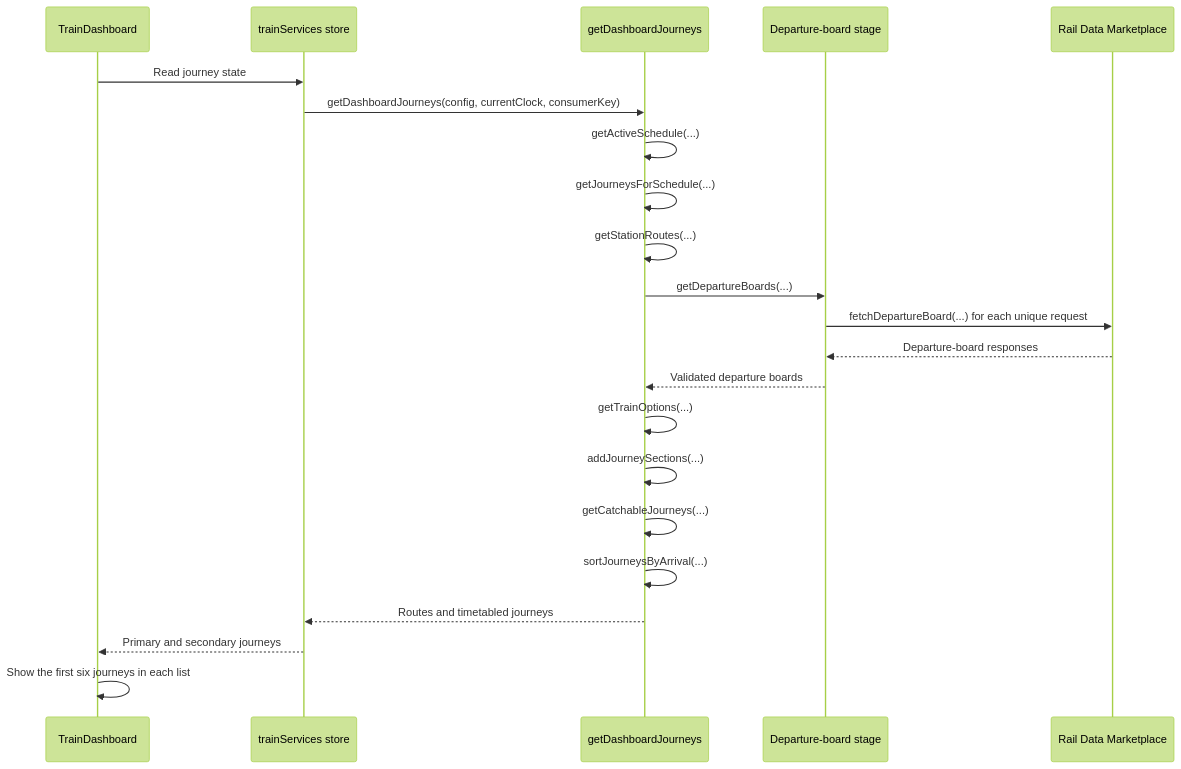
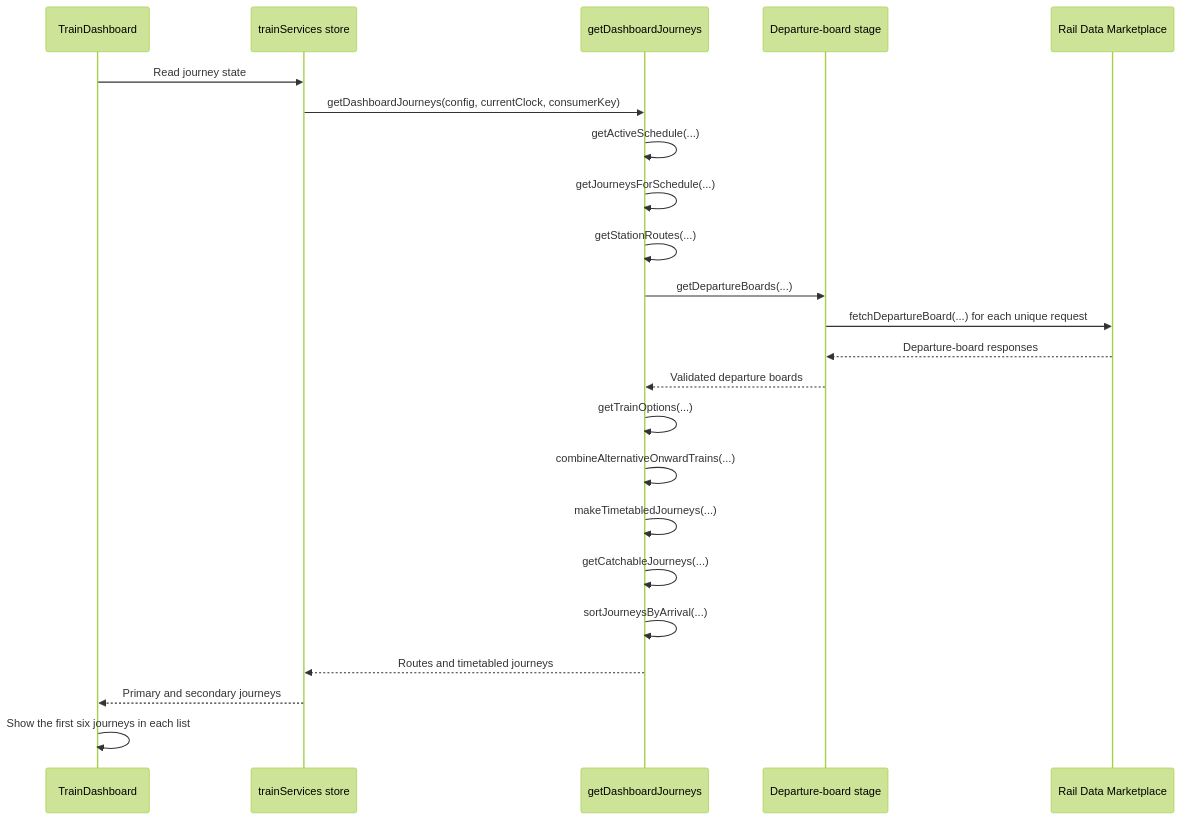
One commit to nd9600/trainDashboard changed the first of 2 diagrams in docs/journey-planning.md. Above: the diagram before and after it, drawn with Mermaid (forest theme). The commit also changed other lines of this file and 10 other files, not shown here.

````diff
--- a/docs/journey-planning.md
+++ b/docs/journey-planning.md
@@ -29,25 +31,26 @@
 ```mermaid
 sequenceDiagram
     participant UI as TrainDashboard
     participant Store as trainServices store
     participant Pipeline as getDashboardJourneys
     participant Boards as Departure-board stage
     participant API as Rail Data Marketplace
 
     UI->>Store: Read journey state
     Store->>Pipeline: getDashboardJourneys(config, currentClock, consumerKey)
     Pipeline->>Pipeline: getActiveSchedule(...)
     Pipeline->>Pipeline: getJourneysForSchedule(...)
     Pipeline->>Pipeline: getStationRoutes(...)
     Pipeline->>Boards: getDepartureBoards(...)
     Boards->>API: fetchDepartureBoard(...) for each unique request
     API-->>Boards: Departure-board responses
     Boards-->>Pipeline: Validated departure boards
     Pipeline->>Pipeline: getTrainOptions(...)
-    Pipeline->>Pipeline: addJourneySections(...)
+    Pipeline->>Pipeline: combineAlternativeOnwardTrains(...)
+    Pipeline->>Pipeline: makeTimetabledJourneys(...)
     Pipeline->>Pipeline: getCatchableJourneys(...)
     Pipeline->>Pipeline: sortJourneysByArrival(...)
     Pipeline-->>Store: Routes and timetabled journeys
     Store-->>UI: Primary and secondary journeys
     UI->>UI: Show the first six journeys in each list
 ```
````
